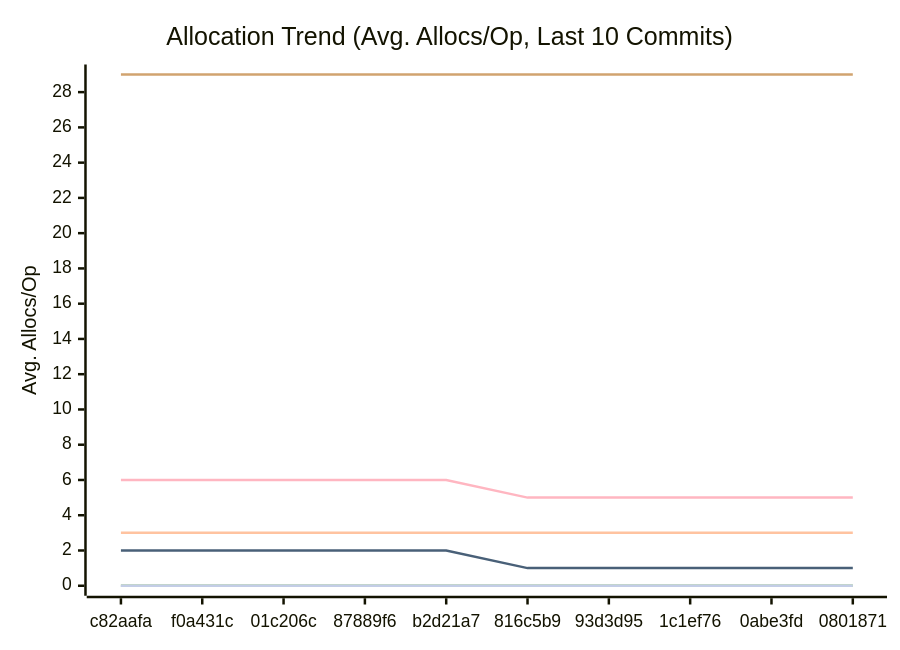
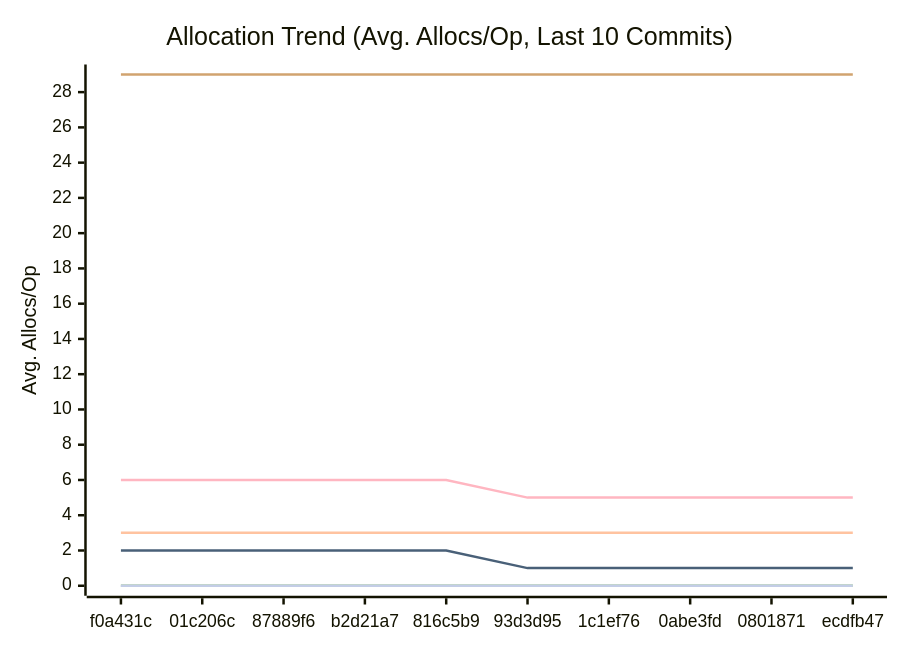
Before and after one commit to alsotoes/momo: the third of 3 diagrams in docs/PERFORMANCE.md, drawn with Mermaid. The commit also changed other lines of this file and 2 other files, not shown here.

````diff
--- a/docs/PERFORMANCE.md
+++ b/docs/PERFORMANCE.md
@@ -114,16 +114,16 @@
 ```mermaid
 xychart-beta
     title "Allocation Trend (Avg. Allocs/Op, Last 10 Commits)"
     x-axis "Commit"
     y-axis "Avg. Allocs/Op"
-    x-axis [c82aafa,f0a431c,01c206c,87889f6,b2d21a7,816c5b9,93d3d95,1c1ef76,0abe3fd,0801871]
+    x-axis [f0a431c,01c206c,87889f6,b2d21a7,816c5b9,93d3d95,1c1ef76,0abe3fd,0801871,ecdfb47]
     line "CheckMetricsAndSwap" [0,0,0,0,0,0,0,0,0,0]
     line "CrushOptimized" [0,0,0,0,0,0,0,0,0,0]
     line "CrushOriginal" [3,3,3,3,3,3,3,3,3,3]
     line "IndexDirectTracking" [0,0,0,0,0,0,0,0,0,0]
     line "IndexSearch" [0,0,0,0,0,0,0,0,0,0]
     line "LoadGlobalConfig" [29,29,29,29,29,29,29,29,29,29]
     line "PadString" [0,0,0,0,0,0,0,0,0,0]
     line "ParseReplicationOrder_NoPrealloc" [6,6,6,6,6,5,5,5,5,5]
     line "ParseReplicationOrder_Prealloc" [2,2,2,2,2,1,1,1,1,1]
 ```
````
